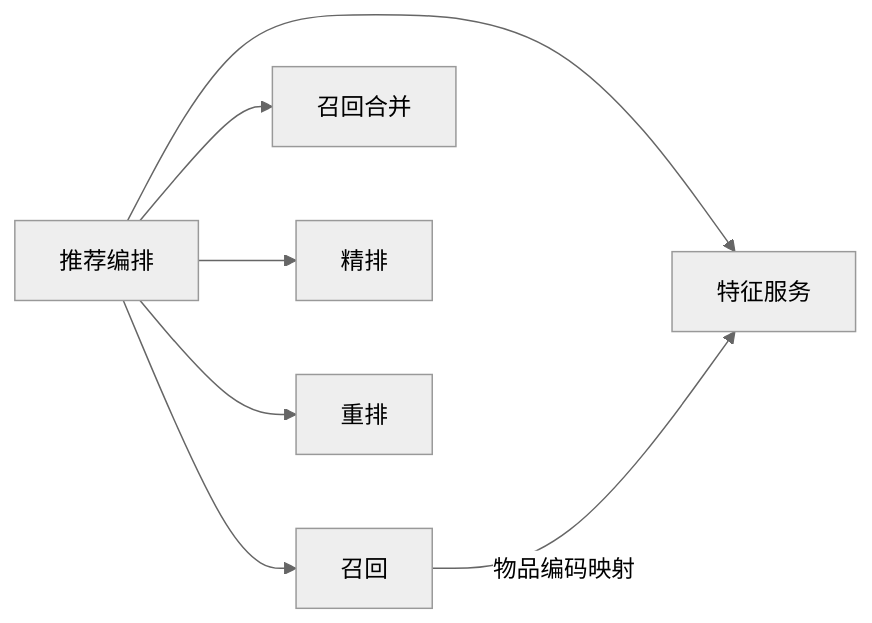
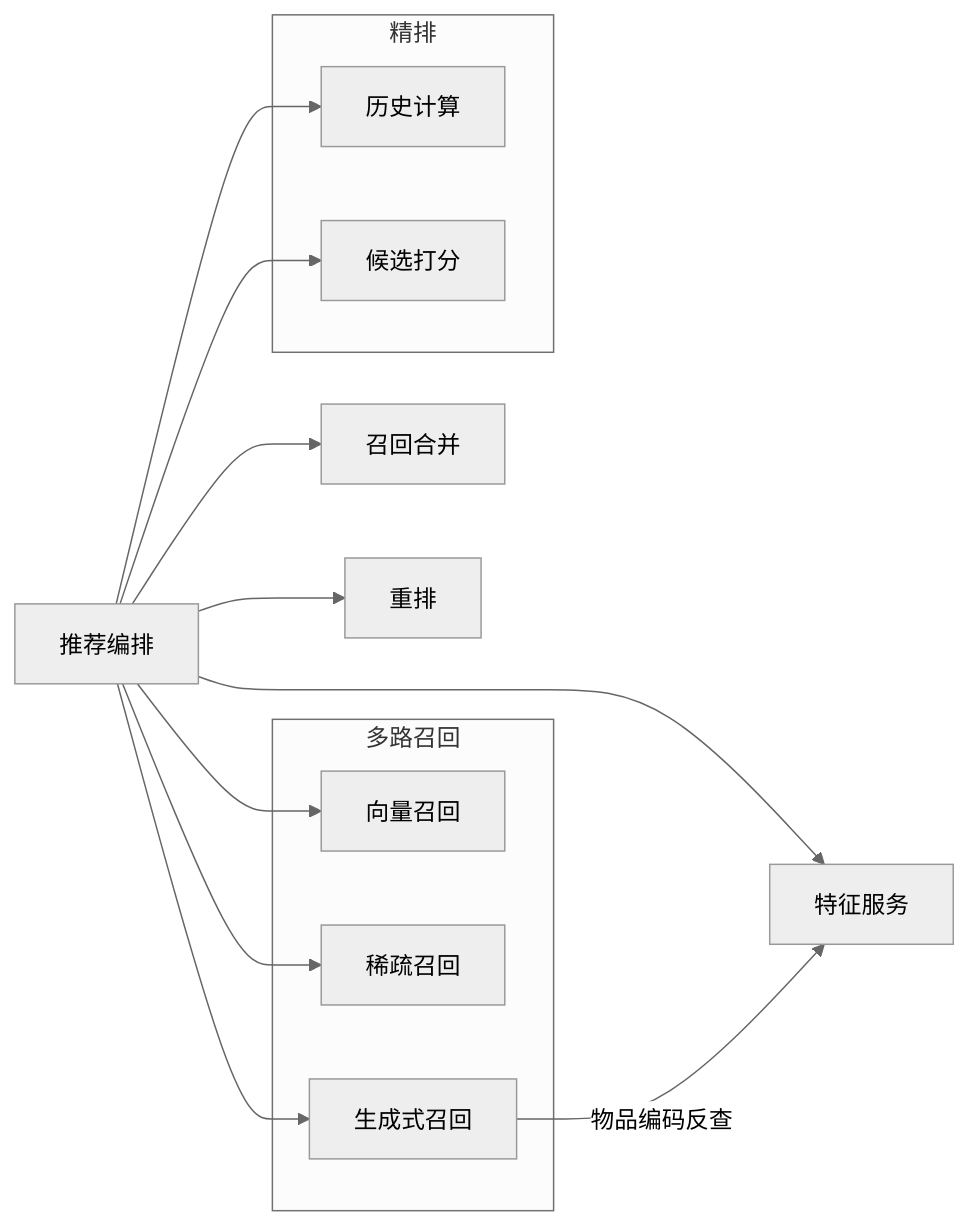
Before and after one commit to bitianyuan123/docs: the first of 8 diagrams in 01_system.md, drawn with Mermaid (neutral theme). The commit also changed other lines of this file and 85 other files, not shown here.

````diff
--- a/01_system.md
+++ b/01_system.md
@@ -29,9 +29,21 @@
 ```mermaid
 flowchart LR
-    C[推荐编排] --> R[召回]
+    C[推荐编排] --> V
+    C --> T
+    C --> G
+    subgraph Recall[多路召回]
+        V[向量召回]
+        T[稀疏召回]
+        G[生成式召回]
+    end
     C --> M[召回合并]
-    C --> S[精排]
+    C --> H
+    C --> S
+    subgraph Rank[精排]
+        H[历史计算]
+        S[候选打分]
+    end
     C --> O[重排]
     C --> F[特征服务]
-    R -->|物品编码映射| F
+    G -->|物品编码反查| F
 ```
````
